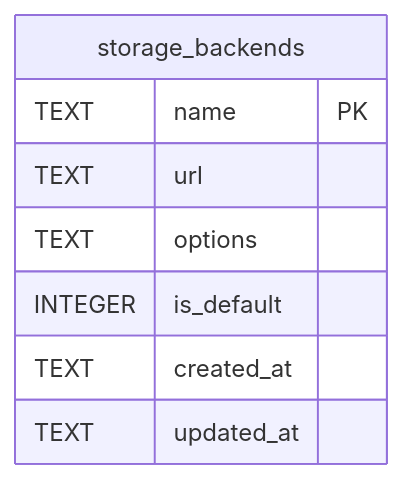
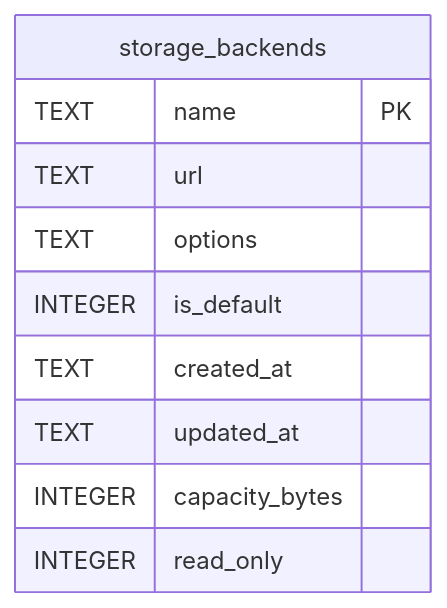
The diagram in docs/schema/storage_backends.md (Limatura/tessera), drawn with Mermaid before and after one commit. The commit also changed other lines of this file and 22 other files, not shown here.

````diff
--- a/docs/schema/storage_backends.md
+++ b/docs/schema/storage_backends.md
@@ -50,13 +52,15 @@
 ```mermaid
 erDiagram
 
 
 "storage_backends" {
   TEXT name PK
   TEXT url
   TEXT options
   INTEGER is_default
   TEXT created_at
   TEXT updated_at
+  INTEGER capacity_bytes
+  INTEGER read_only
 }
 ```
````
